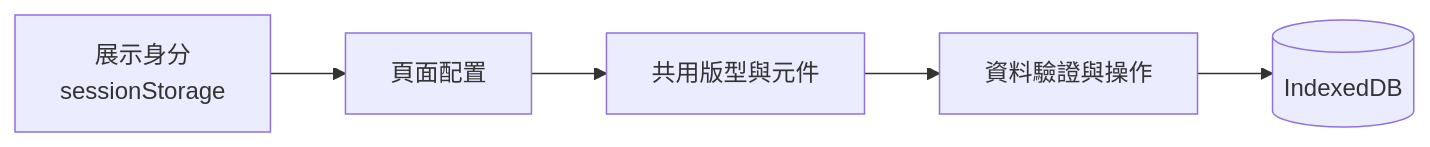
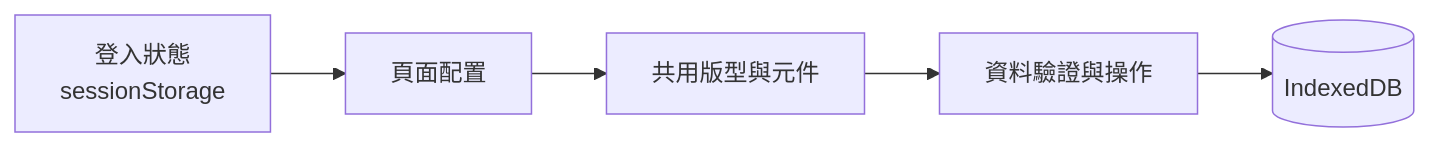
Before and after one commit to cutecat8110/islet-admin-demo: the diagram in README.md, drawn with Mermaid. The commit also changed other lines of this file and 3 other files, not shown here.

````diff
--- a/README.md
+++ b/README.md
@@ -50,7 +31,7 @@
 ```mermaid
 flowchart LR
     A[頁面配置] --> B[共用版型與元件]
     B --> C[資料驗證與操作]
     C --> D[(IndexedDB)]
-    E[展示身分<br/>sessionStorage] --> A
+    E[登入狀態<br/>sessionStorage] --> A
 ```
````
